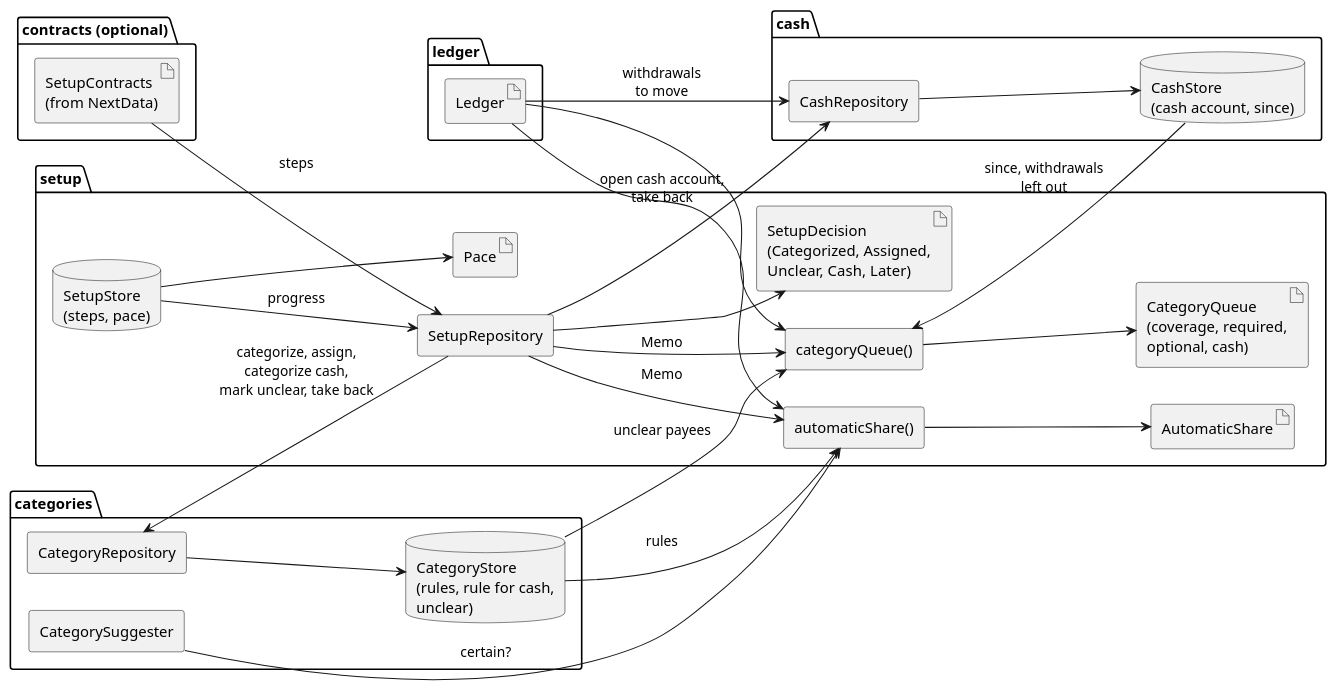
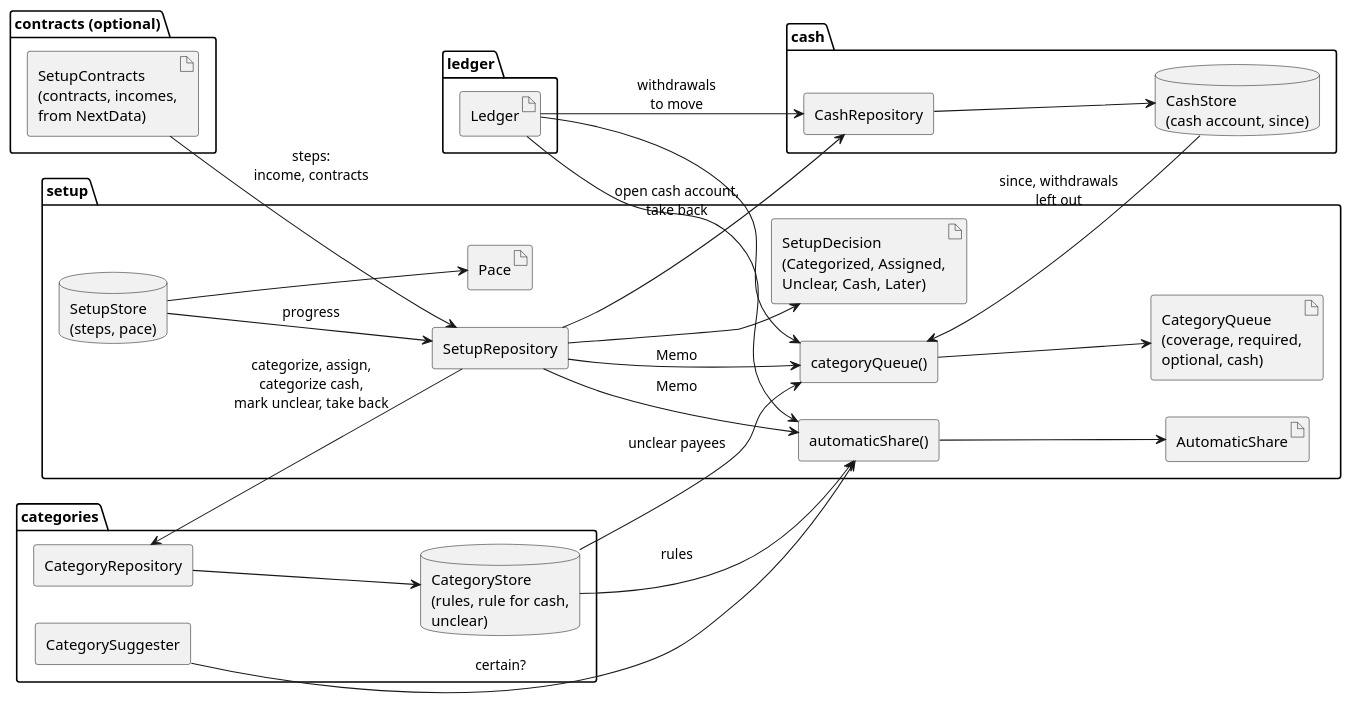
The diagram in next/data/setup/src/main/java/org/totschnig/myexpenses/next/data/setup/setup.puml (castn/MyExpenses), drawn with PlantUML before and after one commit. The commit also changed 2 other files, not shown here.

Commit message:
Describe the income step of the setup
The READMEs of the setup tell when the income step is offered, what it asks and that its screens come from the contracts area, and setup.puml shows the incomes in SetupContracts.

```diff
--- a/next/data/setup/src/main/java/org/totschnig/myexpenses/next/data/setup/setup.puml
+++ b/next/data/setup/src/main/java/org/totschnig/myexpenses/next/data/setup/setup.puml
@@ -1,53 +1,53 @@
 @startuml setup
 skinparam componentStyle rectangle
 skinparam shadowing false
 left to right direction
 
 package "ledger" {
   artifact Ledger
 }
 package "categories" {
   [CategoryRepository] as categoryRepository
   database "CategoryStore\n(rules, rule for cash,\nunclear)" as categoryStore
   [CategorySuggester] as suggester
 }
 package "cash" {
   [CashRepository] as cashRepository
   database "CashStore\n(cash account, since)" as cashStore
 }
 package "contracts (optional)" {
-  artifact "SetupContracts\n(from NextData)" as setupContracts
+  artifact "SetupContracts\n(contracts, incomes,\nfrom NextData)" as setupContracts
 }
 
 package "setup" {
   [categoryQueue()] as queueFn
   artifact "CategoryQueue\n(coverage, required,\noptional, cash)" as queue
   [automaticShare()] as shareFn
   artifact AutomaticShare as share
   [SetupRepository] as repository
   artifact "SetupDecision\n(Categorized, Assigned,\nUnclear, Cash, Later)" as decision
   database "SetupStore\n(steps, pace)" as store
   artifact "Pace" as pace
 }
 
 Ledger --> queueFn
 categoryStore --> queueFn : unclear payees
 cashStore --> queueFn : since, withdrawals\nleft out
 queueFn --> queue
 Ledger --> shareFn
 categoryStore --> shareFn : rules
 suggester --> shareFn : certain?
 shareFn --> share
 repository --> queueFn : Memo
 repository --> shareFn : Memo
 repository --> categoryRepository : categorize, assign,\ncategorize cash,\nmark unclear, take back
 repository --> cashRepository : open cash account,\ntake back
 repository --> decision
 cashRepository --> cashStore
 Ledger --> cashRepository : withdrawals\nto move
 categoryRepository --> categoryStore
-setupContracts --> repository : steps
+setupContracts --> repository : steps:\nincome, contracts
 store --> repository : progress
 store --> pace
 
 @enduml
```
